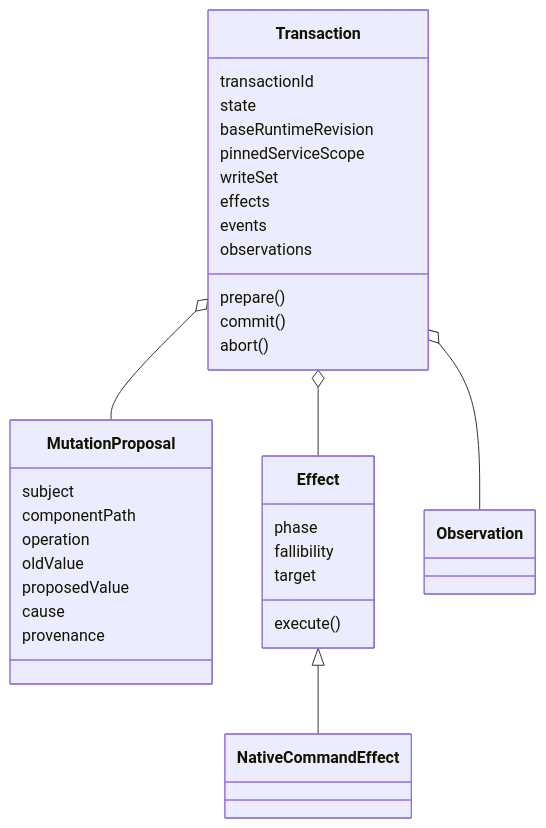
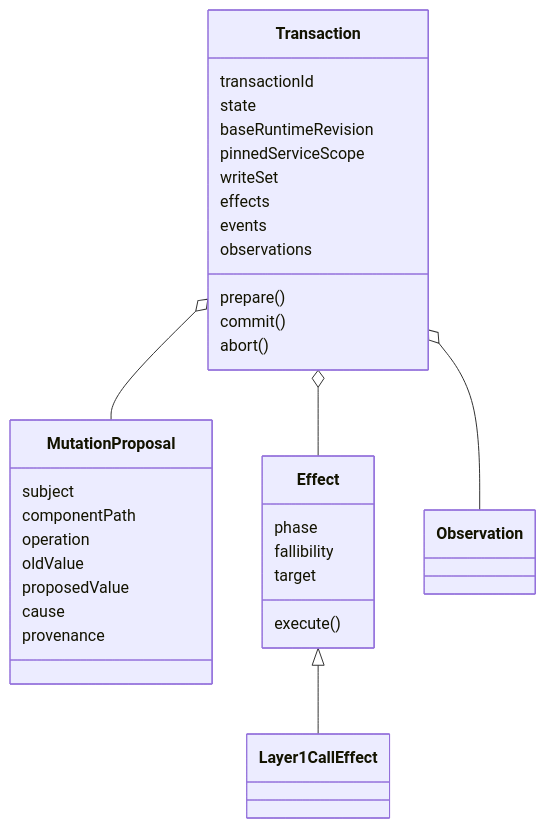
The eighth of 20 diagrams in docs/LAYER-2-CLOS-DESIGN.md (SeungheonOh/ataxia), drawn with Mermaid before and after one commit. The commit also changed other lines of this file, not shown here.

Commit message:
docs: replace native event router with protocol sinks

````diff
--- a/docs/LAYER-2-CLOS-DESIGN.md
+++ b/docs/LAYER-2-CLOS-DESIGN.md
@@ -614,41 +618,41 @@
 ```mermaid
 classDiagram
     class Transaction {
         transactionId
         state
         baseRuntimeRevision
         pinnedServiceScope
         writeSet
         effects
         events
         observations
         prepare()
         commit()
         abort()
     }
 
     class MutationProposal {
         subject
         componentPath
         operation
         oldValue
         proposedValue
         cause
         provenance
     }
 
     class Effect {
         phase
         fallibility
         target
         execute()
     }
 
-    class NativeCommandEffect
+    class Layer1CallEffect
     class Observation
 
     Transaction o-- MutationProposal
     Transaction o-- Effect
-    Effect <|-- NativeCommandEffect
+    Effect <|-- Layer1CallEffect
     Transaction o-- Observation
 ```
````
